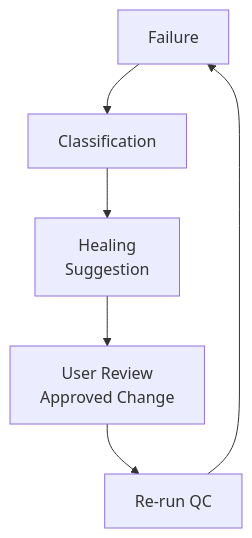
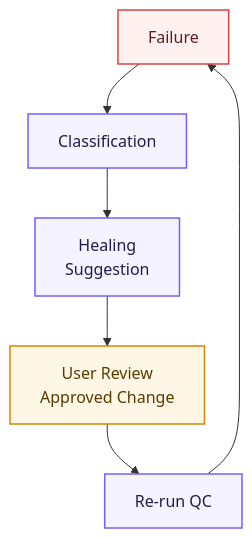
Before and after one commit to Qin-BL/quality-platform: the fourth of 6 diagrams in docs/qa/architecture.md, drawn with Mermaid. The commit also changed other lines of this file and 2 other files, not shown here.

Commit message:
Style Mermaid diagrams for readability

```diff
--- a/docs/qa/architecture.md
+++ b/docs/qa/architecture.md
@@ -156,8 +190,14 @@
 ::: mermaid
 graph TD
     A["Failure"] --> B["Classification"]
     B --> C["Healing<br/>Suggestion"]
     C --> D["User Review<br/>Approved Change"]
     D --> E["Re-run QC"]
     E --> A
+    classDef issue fill:#fff1f0,stroke:#d64545,color:#5c1d1d,stroke-width:1.5px;
+    classDef action fill:#f5f3ff,stroke:#7c5cff,color:#221b4b,stroke-width:1.5px;
+    classDef review fill:#fff7e6,stroke:#d48806,color:#5b3a00,stroke-width:1.5px;
+    class A issue;
+    class B,C,E action;
+    class D review;
 :::
```
